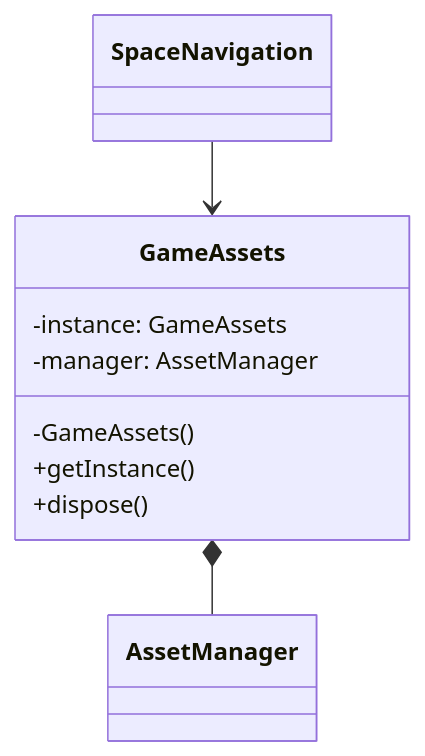
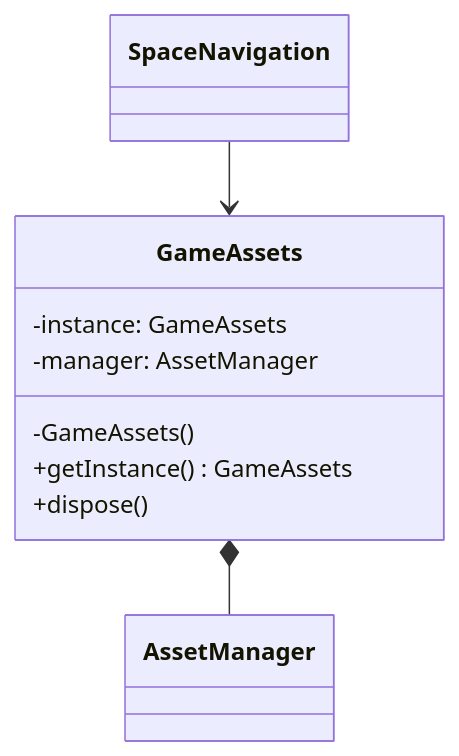
The first of 4 diagrams in REPORTE_PROYECTO.md (L3v1smpr/GameProject), drawn with Mermaid before and after one commit. The commit also changed other lines of this file and 2 other files, not shown here.

````diff
--- a/REPORTE_PROYECTO.md
+++ b/REPORTE_PROYECTO.md
@@ -75,14 +173,14 @@
 ```mermaid
 classDiagram
     class SpaceNavigation
     class GameAssets {
         -instance: GameAssets
         -manager: AssetManager
         -GameAssets()
-        +getInstance()
+        +getInstance() GameAssets
         +dispose()
     }
     class AssetManager
     SpaceNavigation --> GameAssets
     GameAssets *-- AssetManager
 ```
````
